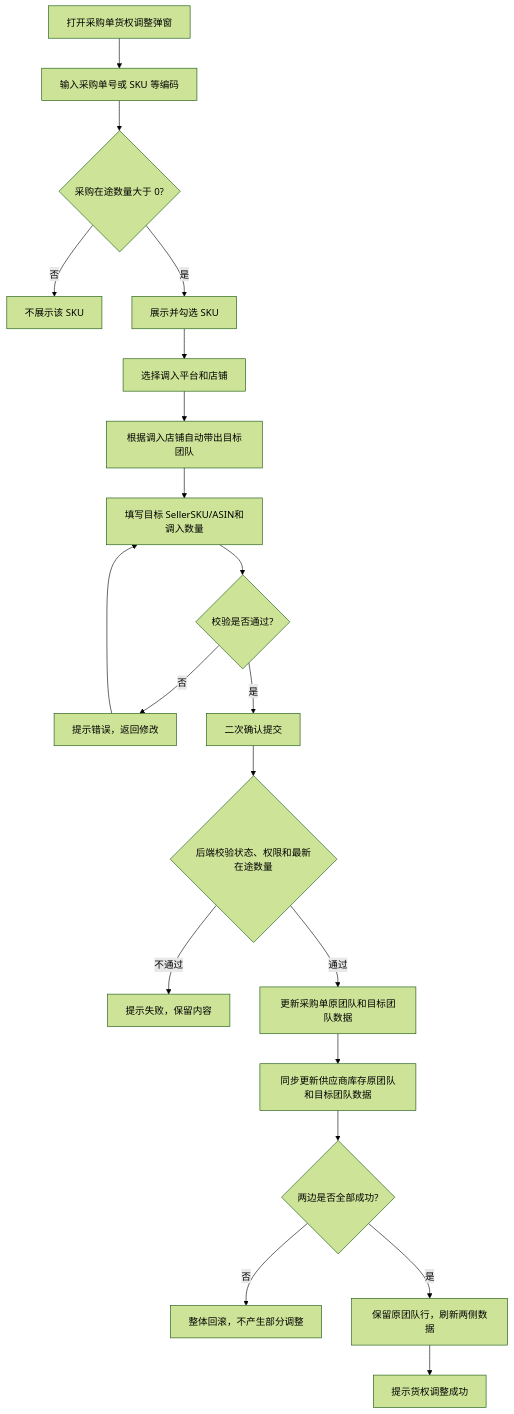
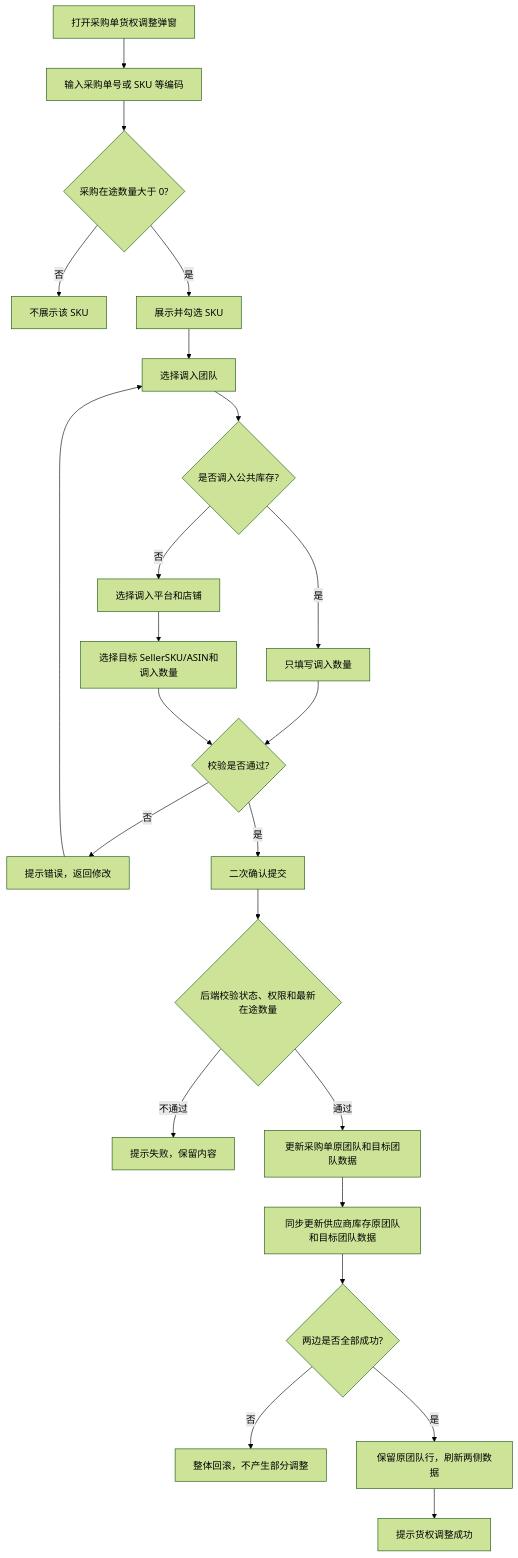
The diagram in PRD/采购单货权调整弹窗-PRD.md (heiquanrenheiquanren-lab/Middle-Platform-Pages), drawn with Mermaid (forest theme) before and after one commit. The commit also changed other lines of this file and 7 other files, not shown here.

````diff
--- a/PRD/采购单货权调整弹窗-PRD.md
+++ b/PRD/采购单货权调整弹窗-PRD.md
@@ -79,22 +89,25 @@
 ```mermaid
 flowchart TD
     A[打开采购单货权调整弹窗] --> B[输入采购单号或 SKU 等编码]
     B --> C{采购在途数量大于 0?}
     C -- 否 --> D[不展示该 SKU]
     C -- 是 --> E[展示并勾选 SKU]
-    E --> F[选择调入平台和店铺]
-    F --> G[根据调入店铺自动带出目标团队]
-    G --> H[填写目标 SellerSKU/ASIN和调入数量]
-    H --> I{校验是否通过?}
-    I -- 否 --> J[提示错误，返回修改]
-    J --> H
-    I -- 是 --> K[二次确认提交]
-    K --> L{后端校验状态、权限和最新在途数量}
-    L -- 不通过 --> M[提示失败，保留内容]
-    L -- 通过 --> N[更新采购单原团队和目标团队数据]
-    N --> O[同步更新供应商库存原团队和目标团队数据]
-    O --> P{两边是否全部成功?}
-    P -- 否 --> Q[整体回滚，不产生部分调整]
-    P -- 是 --> R[保留原团队行，刷新两侧数据]
-    R --> S[提示货权调整成功]
+    E --> F[选择调入团队]
+    F --> G{是否调入公共库存?}
+    G -- 是 --> H[只填写调入数量]
+    G -- 否 --> I[选择调入平台和店铺]
+    I --> J[选择目标 SellerSKU/ASIN和调入数量]
+    H --> K{校验是否通过?}
+    J --> K
+    K -- 否 --> L[提示错误，返回修改]
+    L --> F
+    K -- 是 --> M[二次确认提交]
+    M --> N{后端校验状态、权限和最新在途数量}
+    N -- 不通过 --> O[提示失败，保留内容]
+    N -- 通过 --> P[更新采购单原团队和目标团队数据]
+    P --> Q[同步更新供应商库存原团队和目标团队数据]
+    Q --> R{两边是否全部成功?}
+    R -- 否 --> S[整体回滚，不产生部分调整]
+    R -- 是 --> T[保留原团队行，刷新两侧数据]
+    T --> U[提示货权调整成功]
 ```
````
